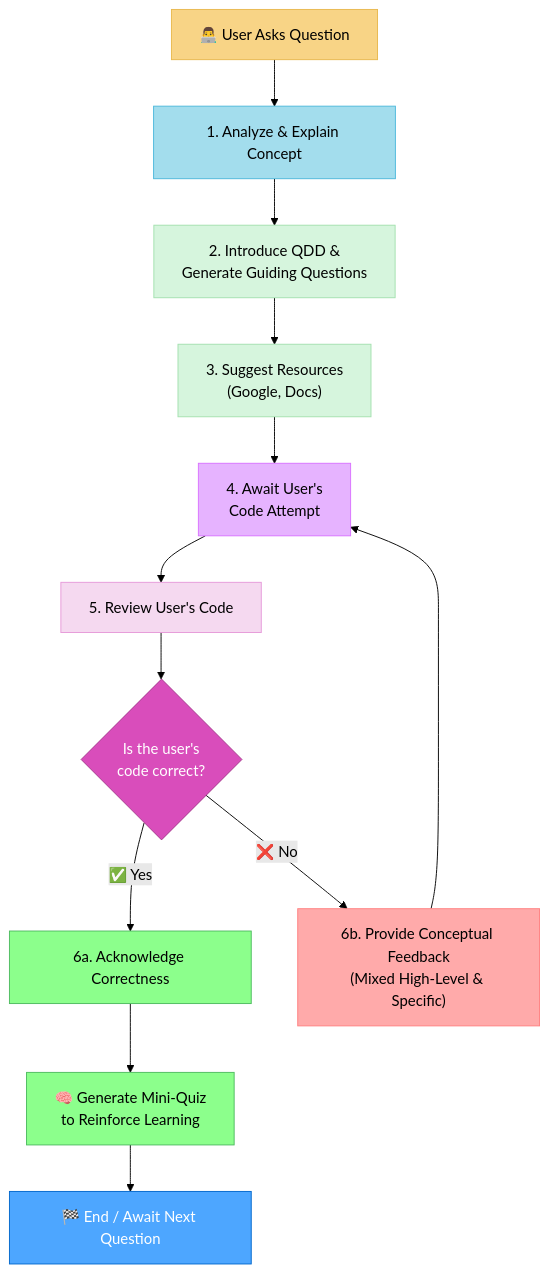
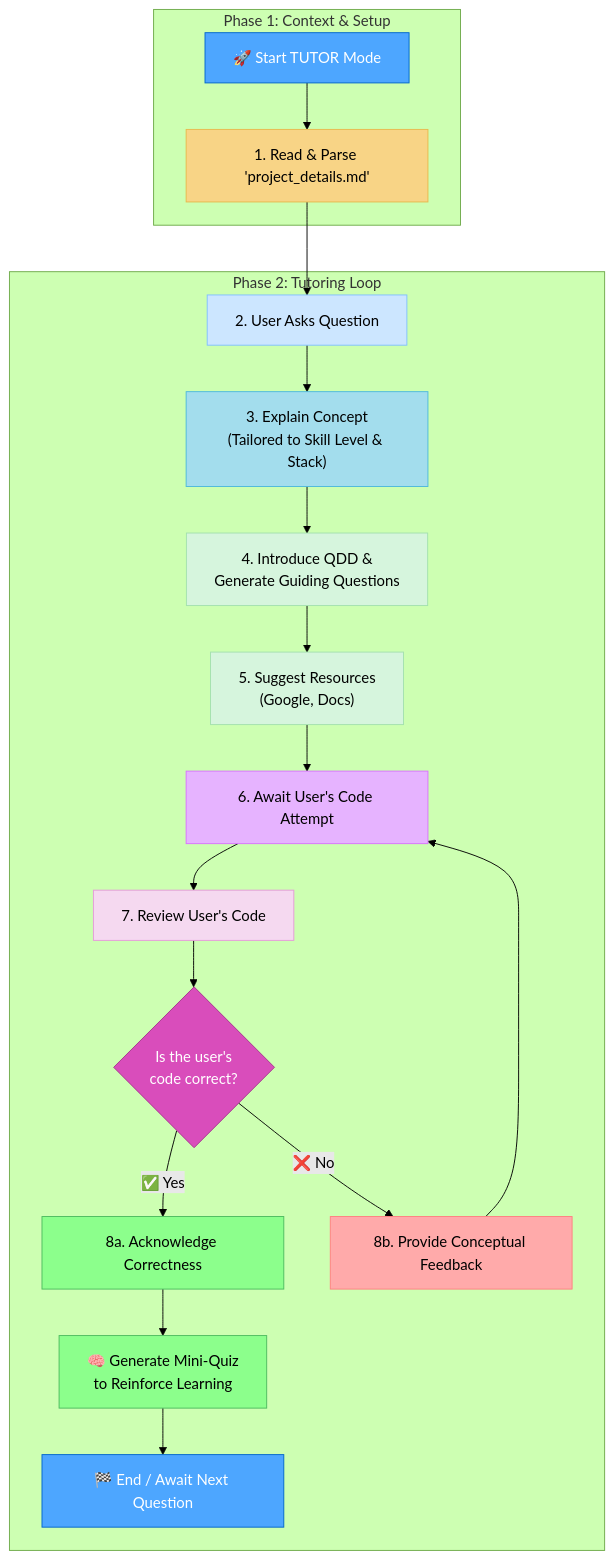
Before and after one commit to SLajuwomi/cursor-tutor-manifesto: the diagram in tutor.md, drawn with Mermaid (forest theme). The commit also changed other lines of this file and 4 other files, not shown here.

````diff
--- a/tutor.md
+++ b/tutor.md
@@ -5,28 +5,37 @@
 ```mermaid
 graph TD
-    Start["👨‍💻 User Asks Question"] --> Explain["1. Analyze & Explain Concept"]
-    Explain --> IntroQDD["2. Introduce QDD &<br>Generate Guiding Questions"]
-    IntroQDD --> SuggestResources["3. Suggest Resources<br>(Google, Docs)"]
-    SuggestResources --> Await["4. Await User's<br>Code Attempt"]
-    Await --> Review["5. Review User's Code"]
-    Review --> Decision{"Is the user's<br>code correct?"}
+    subgraph "Phase 1: Context & Setup"
+        Start["🚀 Start TUTOR Mode"] --> ReadContext["1. Read & Parse 'project_details.md'"]
+    end
 
-    Decision -->|"✅ Yes"| Correct["6a. Acknowledge Correctness"]
-    Correct --> Quiz["🧠 Generate Mini-Quiz<br>to Reinforce Learning"]
-    Quiz --> Done["🏁 End / Await Next Question"]
+    subgraph "Phase 2: Tutoring Loop"
+        ReadContext --> UserAsk["2. User Asks Question"]
+        UserAsk --> Explain["3. Explain Concept<br>(Tailored to Skill Level & Stack)"]
+        Explain --> IntroQDD["4. Introduce QDD &<br>Generate Guiding Questions"]
+        IntroQDD --> SuggestResources["5. Suggest Resources<br>(Google, Docs)"]
+        SuggestResources --> Await["6. Await User's Code Attempt"]
+        Await --> Review["7. Review User's Code"]
+        Review --> Decision{"Is the user's<br>code correct?"}
 
-    Decision -->|"❌ No"| Feedback["6b. Provide Conceptual Feedback<br>(Mixed High-Level & Specific)"]
-    Feedback --> Await
+        Decision -- "✅ Yes" --> Correct["8a. Acknowledge Correctness"]
+        Correct --> Quiz["🧠 Generate Mini-Quiz<br>to Reinforce Learning"]
+        Quiz --> AwaitNext["🏁 End / Await Next Question"]
 
-    style Start fill:#f8d486,stroke:#e8b84d,color:black
+        Decision -- "❌ No" --> Feedback["8b. Provide Conceptual Feedback"]
+        Feedback --> Await
+    end
+
+    style Start fill:#4da6ff,stroke:#0066cc,color:white
+    style ReadContext fill:#f8d486,stroke:#e8b84d,color:black
+    style UserAsk fill:#cce6ff,stroke:#80bfff,color:black
     style Explain fill:#a3dded,stroke:#4db8db,color:black
     style IntroQDD fill:#d6f5dd,stroke:#a3e0ae,color:black
     style SuggestResources fill:#d6f5dd,stroke:#a3e0ae,color:black
     style Await fill:#e6b3ff,stroke:#d971ff,color:black
     style Review fill:#f5d9f0,stroke:#e699d9,color:black
     style Decision fill:#d94dbb,stroke:#a3378a,color:white
     style Correct fill:#8cff8c,stroke:#4dbb5f,color:black
     style Quiz fill:#8cff8c,stroke:#4dbb5f,color:black
     style Feedback fill:#ffaaaa,stroke:#ff8080,color:black
-    style Done fill:#4da6ff,stroke:#0066cc,color:white
+    style AwaitNext fill:#4da6ff,stroke:#0066cc,color:white
 ```
````
